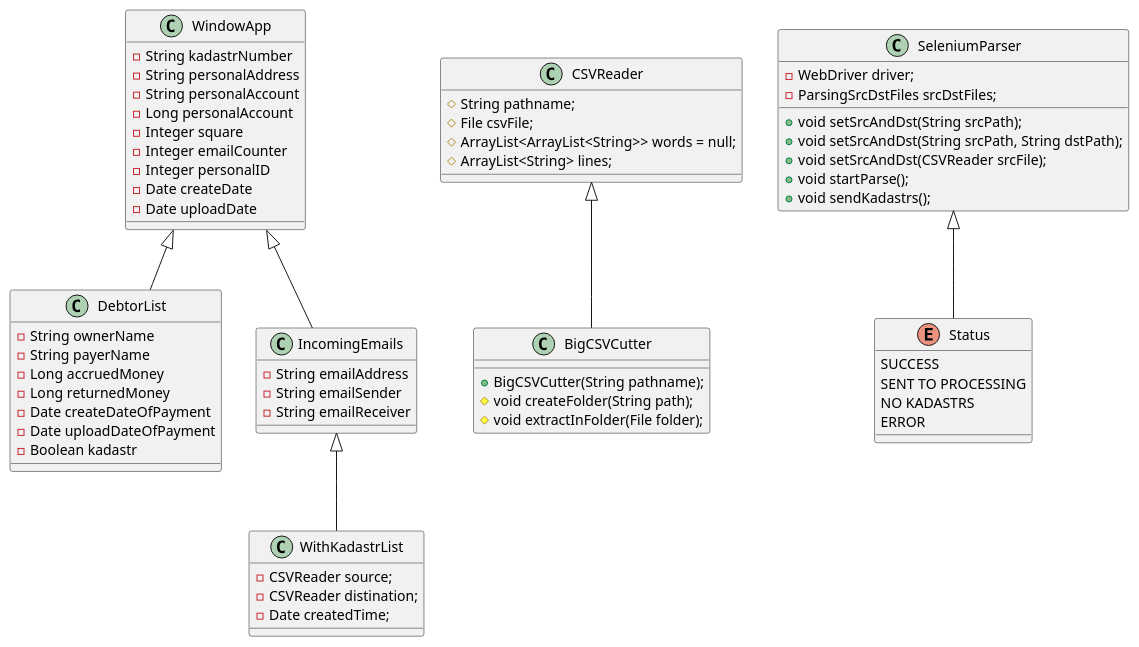
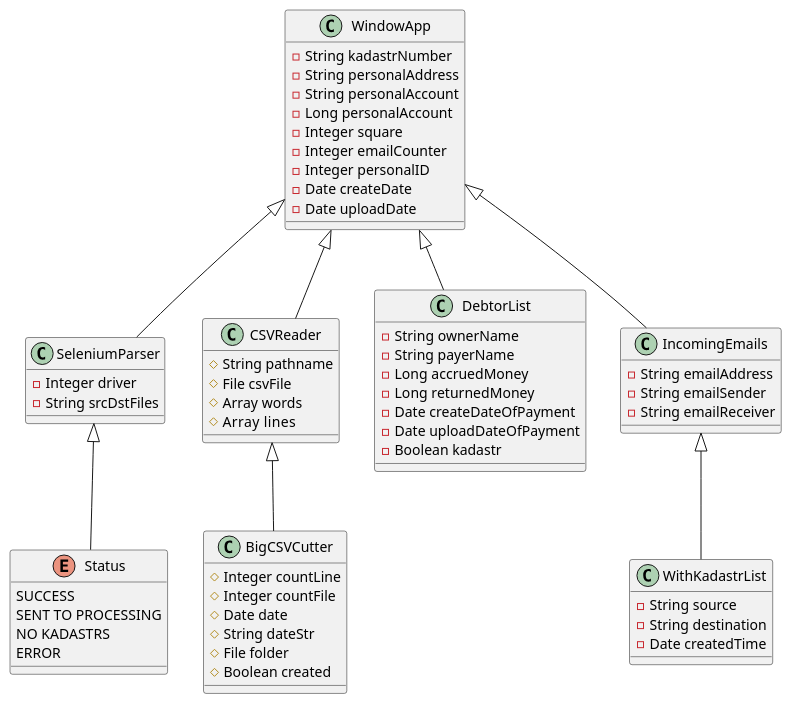
The diagram in src/DataBaseDiagram.puml (ValDuo/MultiParser), drawn with PlantUML before and after one commit.

Commit message:
added uml diagrams

```diff
--- a/src/DataBaseDiagram.puml
+++ b/src/DataBaseDiagram.puml
@@ -1,72 +1,70 @@
 @startuml
 'https://plantuml.com/class-diagram
 
-
-
+WindowApp <|-- SeleniumParser
+WindowApp <|-- CSVReader
 WindowApp <|-- DebtorList
 WindowApp <|-- IncomingEmails
 CSVReader <|-- BigCSVCutter
 SeleniumParser <|-- Status
 IncomingEmails <|-- WithKadastrList
 
 class BigCSVCutter {
-    + BigCSVCutter(String pathname);
-    # void createFolder(String path);
-    # void extractInFolder(File folder);
+   # Integer countLine
+   # Integer countFile
+   # Date date
+   # String dateStr
+   # File folder
+   # Boolean created
 }
 class SeleniumParser {
-    - WebDriver driver;
-    - ParsingSrcDstFiles srcDstFiles;
-    + void setSrcAndDst(String srcPath);
-    + void setSrcAndDst(String srcPath, String dstPath);
-    + void setSrcAndDst(CSVReader srcFile);
-    + void startParse();
-    + void sendKadastrs();
+    - Integer driver
+    - String srcDstFiles
 }
 class CSVReader{
-    # String pathname;
-    # File csvFile;
-    # ArrayList<ArrayList<String>> words = null;
-    # ArrayList<String> lines;
+    # String pathname
+    # File csvFile
+    # Array words
+    # Array  lines
 }
 
 class DebtorList {
     - String ownerName
     - String payerName
     - Long accruedMoney
     - Long returnedMoney
     - Date createDateOfPayment
     - Date uploadDateOfPayment
     - Boolean kadastr
 
 }
 class WindowApp{
     - String kadastrNumber
     - String personalAddress
     - String personalAccount
     - Long personalAccount
     - Integer square
     - Integer emailCounter
     - Integer personalID
     - Date createDate
     - Date uploadDate
 }
 class IncomingEmails{
      - String emailAddress
      - String emailSender
      - String emailReceiver
 }
 class WithKadastrList{
-    - CSVReader source;
-    - CSVReader distination;
-    - Date createdTime;
+    - String source
+    - String destination
+    - Date createdTime
 }
 
 enum Status {
 SUCCESS
 SENT TO PROCESSING
 NO KADASTRS
 ERROR
 }
 
 @enduml
```
